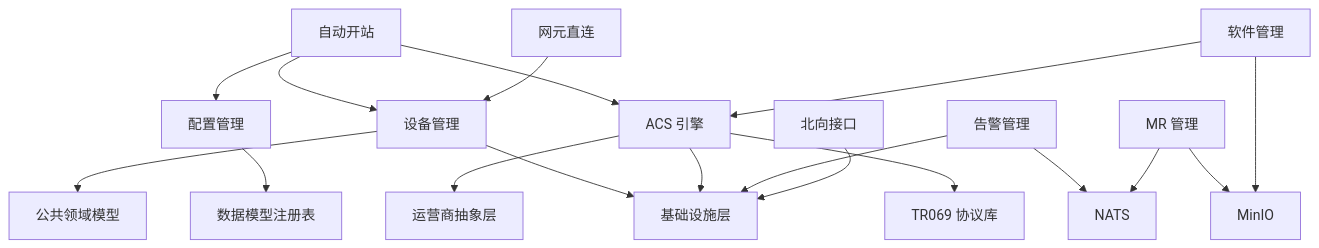
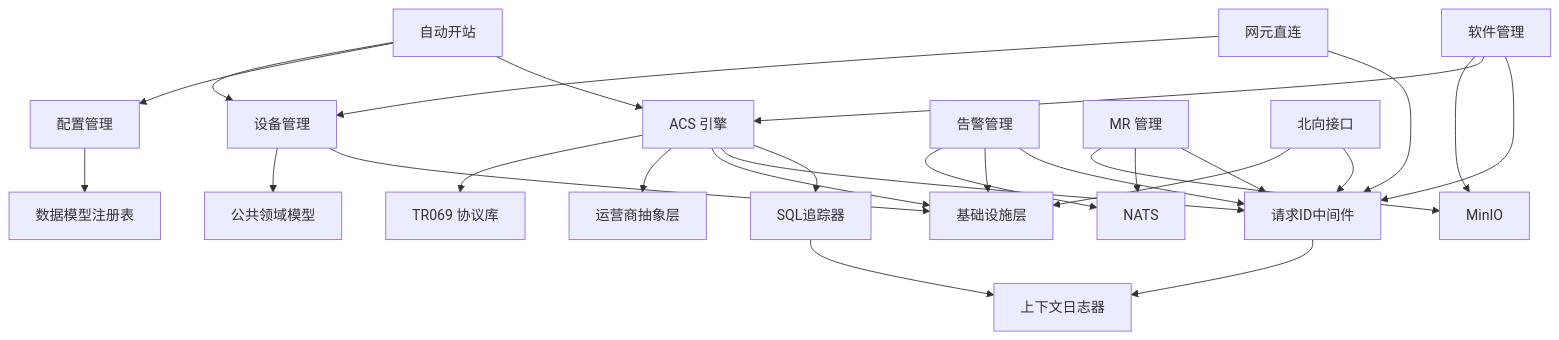
Before and after one commit to bixinhaner/xomc: diagram 13 of 13 in .qoder/repowiki/zh/content/核心模块/核心模块.md, drawn with Mermaid. The commit also changed other lines of this file and 6 other files, not shown here.

````diff
--- a/.qoder/repowiki/zh/content/核心模块/核心模块.md
+++ b/.qoder/repowiki/zh/content/核心模块/核心模块.md
@@ -734,20 +919,29 @@
 ```mermaid
 graph TB
 DEV["设备管理"] --> CM["公共领域模型"]
 DEV --> INF["基础设施层"]
 ACS["ACS 引擎"] --> TR069["TR069 协议库"]
 ACS --> CAR["运营商抽象层"]
 ACS --> INF
+ACS --> RID["请求ID中间件"]
+ACS --> SQLT["SQL追踪器"]
 CFG["配置管理"] --> DM["数据模型注册表"]
 PR["自动开站"] --> DEV
 PR --> CFG
 PR --> ACS
 ALM["告警管理"] --> BUS["NATS"]
 ALM --> INF
+ALM --> RID
 MR["MR 管理"] --> MINIO["MinIO"]
 MR --> BUS
+MR --> RID
 SW["软件管理"] --> MINIO
 SW --> ACS
+SW --> RID
 ND["网元直连"] --> DEV
+ND --> RID
 NB["北向接口"] --> INF
+NB --> RID
+RID --> CTX["上下文日志器"]
+SQLT --> CTX
 ```
````
